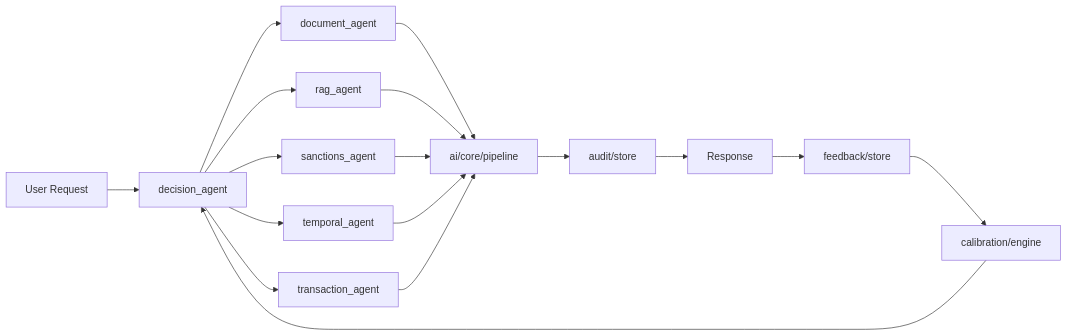
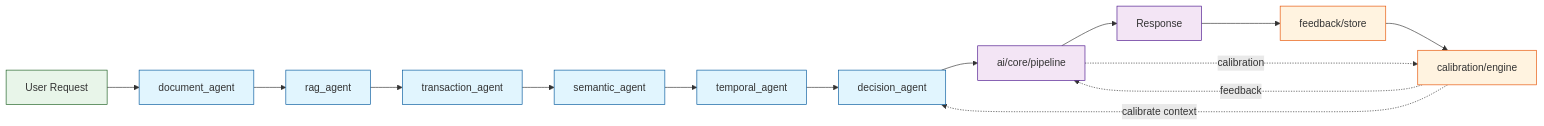
Before and after one commit to Quantum-Blade1/multi-agent-model: the first of 4 diagrams in README.md, drawn with Mermaid.

````diff
--- a/README.md
+++ b/README.md
@@ -9,19 +9,32 @@
 ```mermaid
 flowchart LR
-    userReq["User Request"] --> decisionAgent["decision_agent"]
-    decisionAgent --> documentAgent["document_agent"]
-    decisionAgent --> ragAgent["rag_agent"]
-    decisionAgent --> sanctionsAgent["sanctions_agent"]
-    decisionAgent --> temporalAgent["temporal_agent"]
-    decisionAgent --> transactionAgent["transaction_agent"]
-    documentAgent --> corePipeline["ai/core/pipeline"]
-    ragAgent --> corePipeline
-    sanctionsAgent --> corePipeline
-    temporalAgent --> corePipeline
-    transactionAgent --> corePipeline
-    corePipeline --> auditStore["audit/store"]
-    auditStore --> apiResp["Response"]
-    apiResp --> feedbackStore["feedback/store"]
+    %% Main horizontal sequence
+    UserReq["User Request"] --> documentAgent["document_agent"]
+    documentAgent --> ragAgent["rag_agent"]
+    ragAgent --> transactionAgent["transaction_agent"]
+    transactionAgent --> semanticAgent["semantic_agent"]
+    semanticAgent --> temporalAgent["temporal_agent"]
+    temporalAgent --> decisionAgent["decision_agent"]
+    decisionAgent --> corePipeline["ai/core/pipeline"]
+    corePipeline --> Response
+    Response --> feedbackStore["feedback/store"]
     feedbackStore --> calibrationEngine["calibration/engine"]
-    calibrationEngine --> decisionAgent
+
+    %% Calibration feedback loops
+    corePipeline -.->|calibration| calibrationEngine
+    calibrationEngine -.->|feedback| corePipeline
+    calibrationEngine -.->|calibrate context| decisionAgent
+
+    %% Defining styles for visual clarity
+    classDef agent fill:#e1f5fe,stroke:#01579b,stroke-width:1px;
+    classDef user fill:#e8f5e9,stroke:#1b5e20,stroke-width:1px;
+    classDef core fill:#f3e5f5,stroke:#4a148c,stroke-width:1px;
+    classDef calibrate fill:#fff3e0,stroke:#e65100,stroke-width:1px;
+
+    %% Applying styles to nodes
+    class documentAgent,ragAgent,transactionAgent,semanticAgent,temporalAgent agent;
+    class UserReq user;
+    class decisionAgent agent;
+    class corePipeline,Response core;
+    class feedbackStore,calibrationEngine calibrate;
 ```
````
